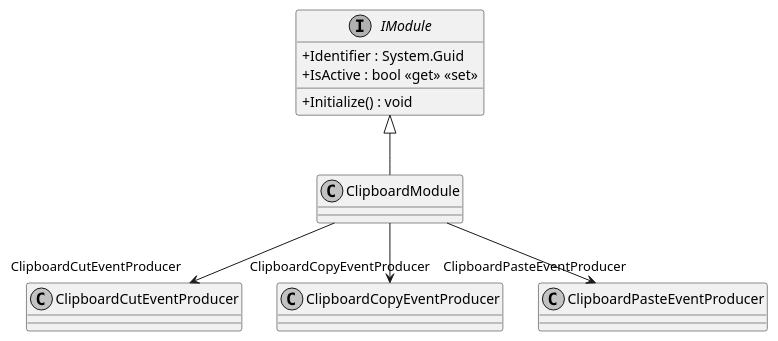
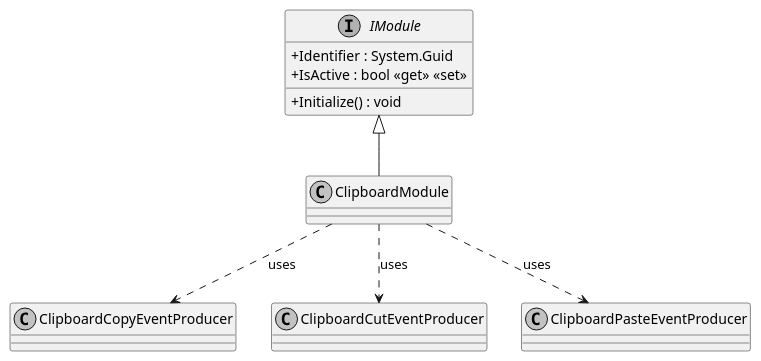
Before and after one commit to insightmind/MORR: the diagram in documents/sd/plantuml/application/Modules/Clipboard/ClipboardModule.puml, drawn with PlantUML. The commit also changed 10 other files, not shown here.

```diff
--- a/documents/sd/plantuml/application/Modules/Clipboard/ClipboardModule.puml
+++ b/documents/sd/plantuml/application/Modules/Clipboard/ClipboardModule.puml
@@ -1,19 +1,19 @@
 @startuml
 skinparam monochrome true
 skinparam classAttributeIconSize 0
 
 class ClipboardModule {
 }
 
 
 interface IModule {
     + Identifier : System.Guid
     + IsActive : bool <<get>> <<set>>
     + Initialize() : void
 }
 
 IModule <|-- ClipboardModule
-ClipboardModule --> "  ClipboardCutEventProducer" ClipboardCutEventProducer
-ClipboardModule --> "ClipboardCopyEventProducer" ClipboardCopyEventProducer
-ClipboardModule --> "   ClipboardPasteEventProducer" ClipboardPasteEventProducer
+ClipboardModule ..> ClipboardCopyEventProducer : "uses"
+ClipboardModule ..> ClipboardCutEventProducer : "uses"
+ClipboardModule ..> ClipboardPasteEventProducer : "uses"
 @enduml
```
